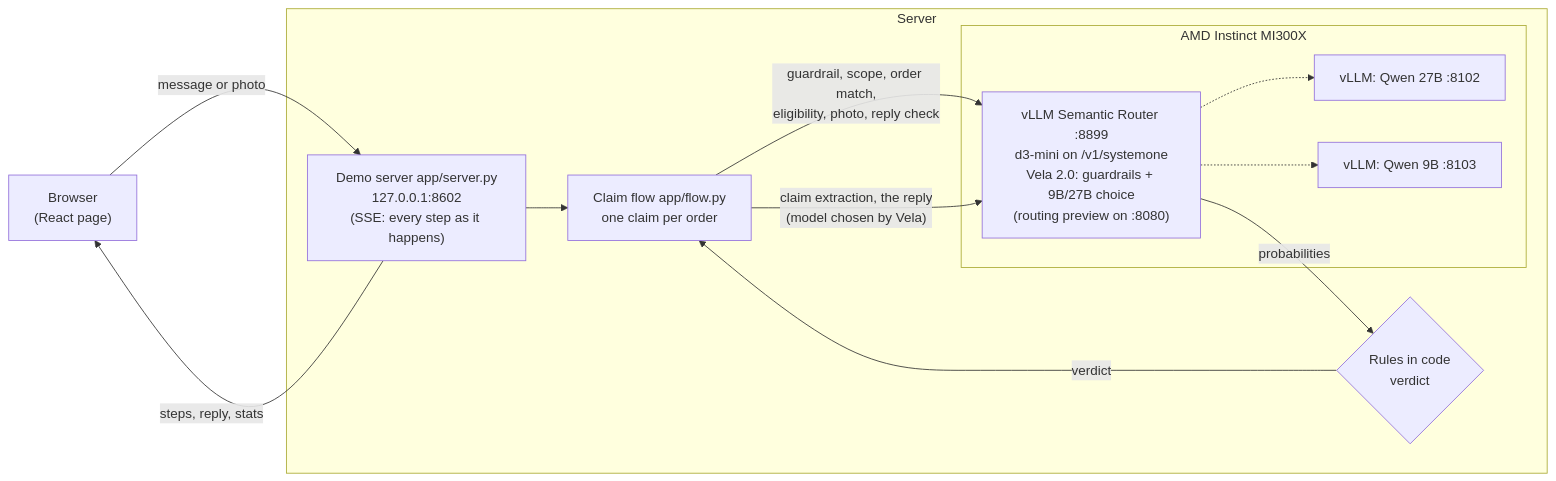
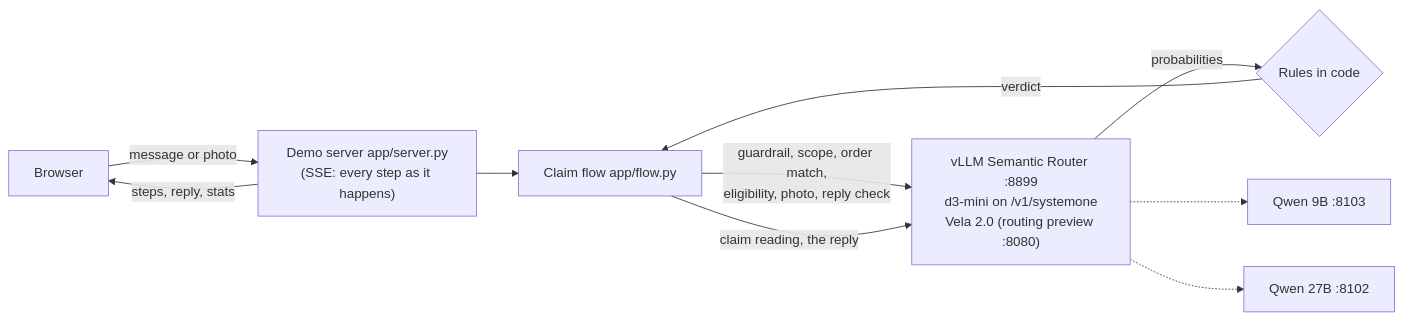
The diagram in README.md (madhusoodhans/product-returns-validator), drawn with Mermaid before and after one commit. The commit also changed other lines of this file and 3 other files, not shown here.

````diff
--- a/README.md
+++ b/README.md
@@ -134,22 +14,12 @@
 ```mermaid
 flowchart LR
-    B["Browser<br/>(React page)"]
-    subgraph host["Server"]
-        S["Demo server app/server.py<br/>127.0.0.1:8602<br/>(SSE: every step as it happens)"]
-        F["Claim flow app/flow.py<br/>one claim per order"]
-        RULES{"Rules in code<br/>verdict"}
-        subgraph gpu["AMD Instinct MI300X"]
-            R["vLLM Semantic Router :8899<br/>d3-mini on /v1/systemone<br/>Vela 2.0: guardrails + 9B/27B choice<br/>(routing preview on :8080)"]
-            Q27["vLLM: Qwen 27B :8102"]
-            Q9["vLLM: Qwen 9B :8103"]
-        end
-    end
-    B -->|message or photo| S --> F
-    F -->|"guardrail, scope, order match,<br/>eligibility, photo, reply check"| R
-    R -->|probabilities| RULES
-    RULES -->|"verdict"| F
-    F -->|"claim extraction, the reply<br/>(model chosen by Vela)"| R
-    R -.-> Q9
-    R -.-> Q27
+    B["Browser"] -->|message or photo| S["Demo server app/server.py<br/>(SSE: every step as it happens)"]
+    S --> F["Claim flow app/flow.py"]
+    F -->|"guardrail, scope, order match,<br/>eligibility, photo, reply check"| R["vLLM Semantic Router :8899<br/>d3-mini on /v1/systemone<br/>Vela 2.0 (routing preview :8080)"]
+    R -->|probabilities| RULES{"Rules in code"}
+    RULES -->|verdict| F
+    F -->|"claim reading, the reply"| R
+    R -.-> Q9["Qwen 9B :8103"]
+    R -.-> Q27["Qwen 27B :8102"]
     S -->|"steps, reply, stats"| B
 ```
````
